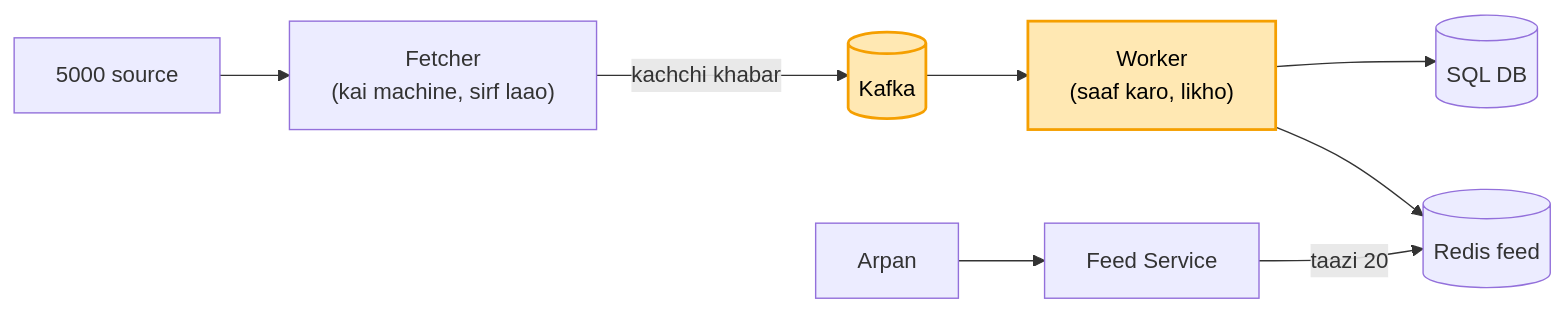
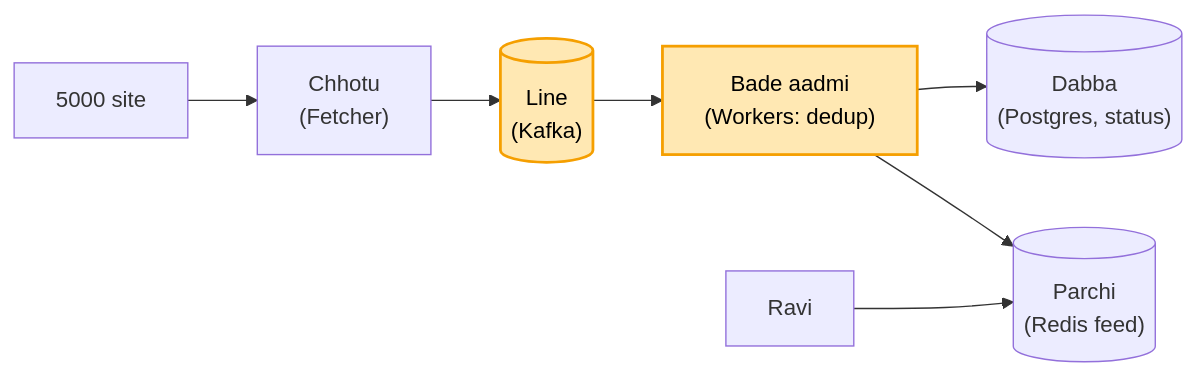
The third of 4 diagrams in 04_HLD/SYSTEM_DESIGNS/08_news_aggregator/08_news_aggregator.md (ArpanMaheshwari144/Prep), drawn with Mermaid before and after one commit. The commit also changed other lines of this file, not shown here.

````diff
--- a/04_HLD/SYSTEM_DESIGNS/08_news_aggregator/08_news_aggregator.md
+++ b/04_HLD/SYSTEM_DESIGNS/08_news_aggregator/08_news_aggregator.md
@@ -146,12 +83,11 @@
 ```mermaid
 flowchart LR
-    S["5000 source"] --> F["Fetcher<br/>(kai machine, sirf laao)"]
-    F -- "kachchi khabar" --> K[("Kafka")]
-    K --> W["Worker<br/>(saaf karo, likho)"]
-    W --> D[("SQL DB")]
-    W --> R[("Redis feed")]
-    A["Arpan"] --> FS["Feed Service"]
-    FS -- "taazi 20" --> R
+    S["5000 site"] --> C["Chhotu<br/>(Fetcher)"]
+    C --> K[("Line<br/>(Kafka)")]
+    K --> W["Bade aadmi<br/>(Workers: dedup)"]
+    W --> D[("Dabba<br/>(Postgres, status)")]
+    W --> P[("Parchi<br/>(Redis feed)")]
+    A["Ravi"] --> P
     style K fill:#ffe8b3,stroke:#f59f00,stroke-width:2px,color:#000
     style W fill:#ffe8b3,stroke:#f59f00,stroke-width:2px,color:#000
 ```
````
